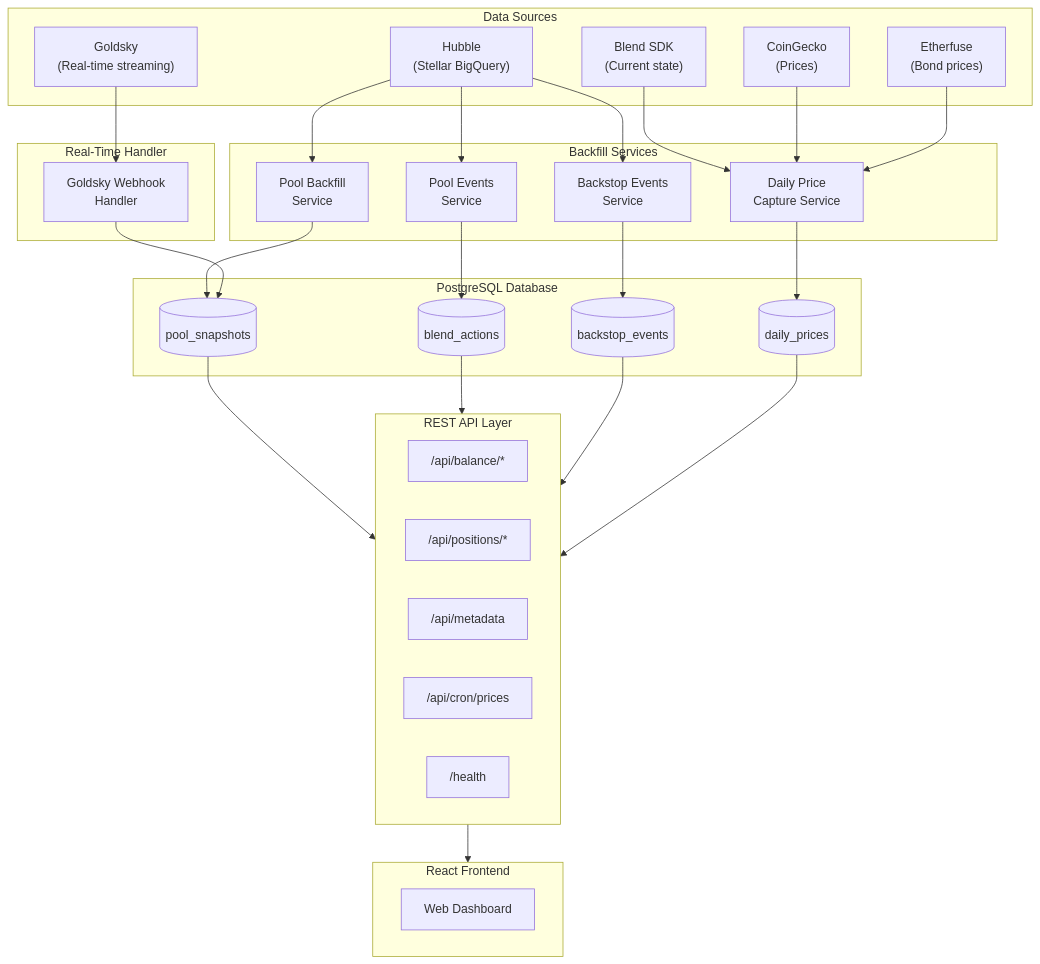
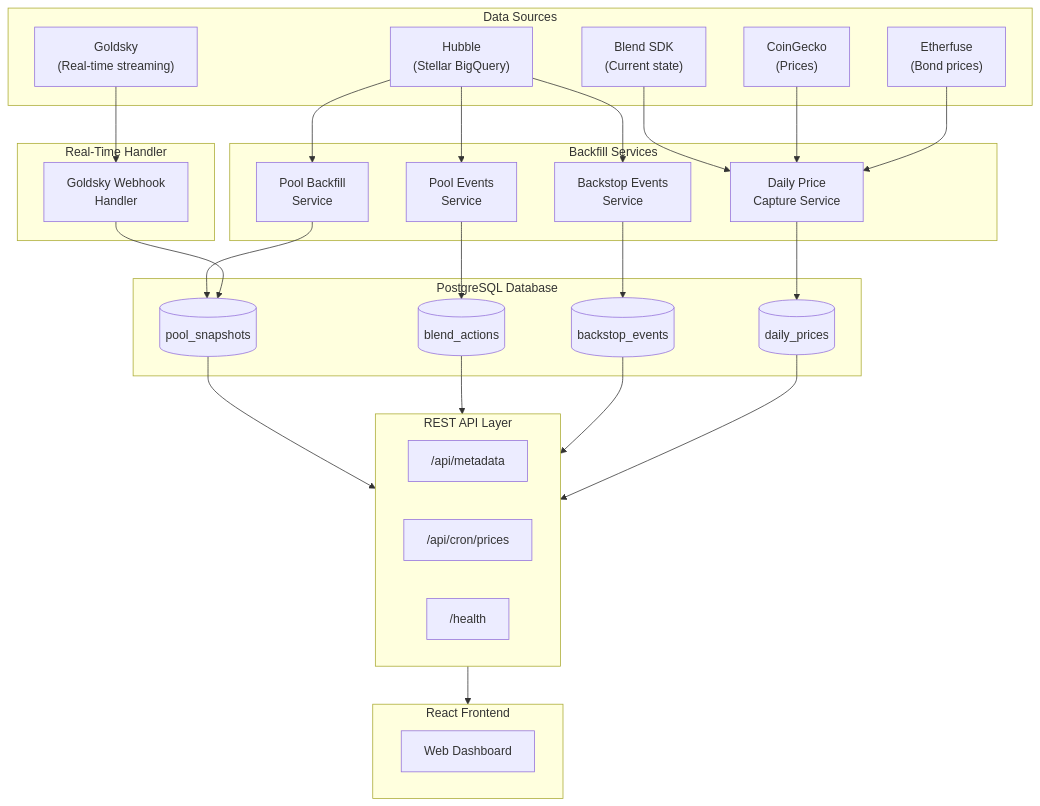
The first of 6 diagrams in README.md (brunomlr/blend-indexer), drawn with Mermaid before and after one commit. The commit also changed other lines of this file, not shown here.

Commit message:
chore: remove balance calculation section and related endpoints from README.md

````diff
--- a/README.md
+++ b/README.md
@@ -48,61 +47,59 @@
 ```mermaid
 flowchart TB
     subgraph DataSources["Data Sources"]
         BQ["Hubble<br/>(Stellar BigQuery)"]
         GS["Goldsky<br/>(Real-time streaming)"]
         SDK["Blend SDK<br/>(Current state)"]
         CG["CoinGecko<br/>(Prices)"]
         EF["Etherfuse<br/>(Bond prices)"]
     end
 
     subgraph BackfillServices["Backfill Services"]
         PBS["Pool Backfill<br/>Service"]
         ABS["Pool Events<br/>Service"]
         BBS["Backstop Events<br/>Service"]
         PCS["Daily Price<br/>Capture Service"]
     end
 
     subgraph WebhookHandler["Real-Time Handler"]
         GWH["Goldsky Webhook<br/>Handler"]
     end
 
     subgraph Database["PostgreSQL Database"]
         PS[("pool_snapshots")]
         BA[("blend_actions")]
         BE[("backstop_events")]
         DP[("daily_prices")]
     end
 
     subgraph API["REST API Layer"]
-        BAL["/api/balance/*"]
-        POS["/api/positions/*"]
         META["/api/metadata"]
         PRICE["/api/cron/prices"]
         HEALTH["/health"]
     end
 
     subgraph Frontend["React Frontend"]
         UI["Web Dashboard"]
     end
 
     BQ --> PBS
     BQ --> ABS
     BQ --> BBS
     GS --> GWH
     SDK --> PCS
     CG --> PCS
     EF --> PCS
 
     PBS --> PS
     ABS --> BA
     BBS --> BE
     PCS --> DP
     GWH --> PS
 
     PS --> API
     BA --> API
     BE --> API
     DP --> API
 
     API --> Frontend
 ```
````
